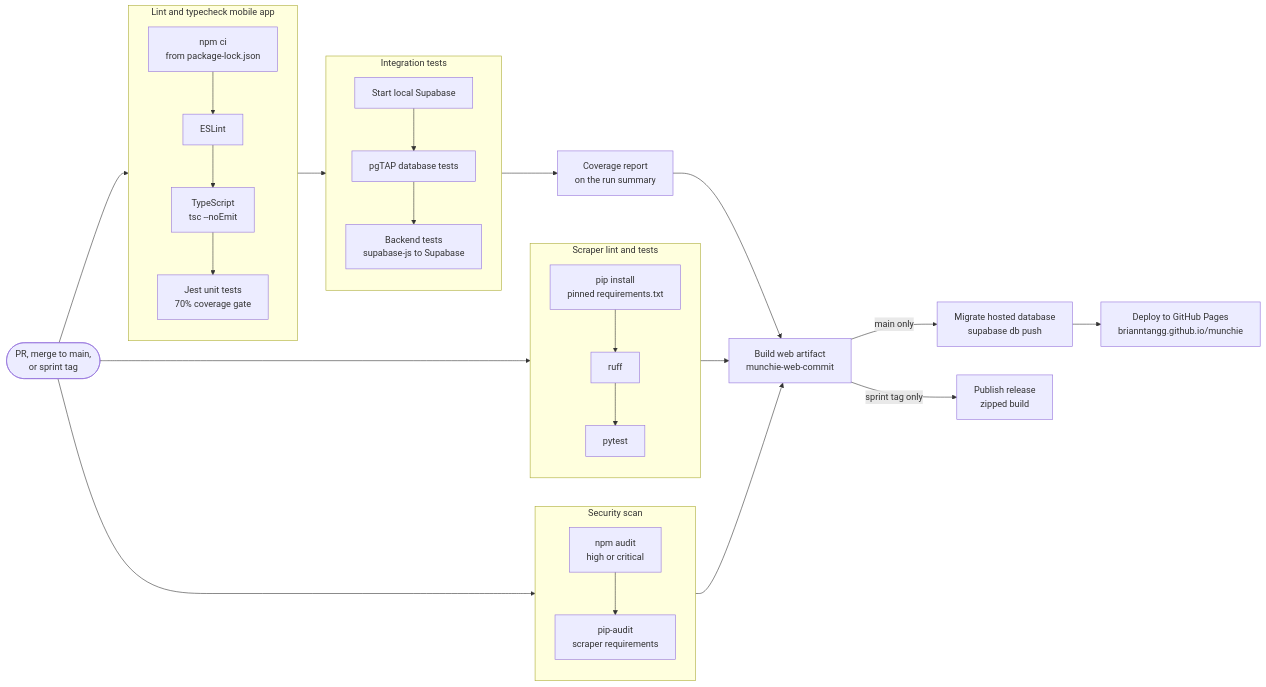
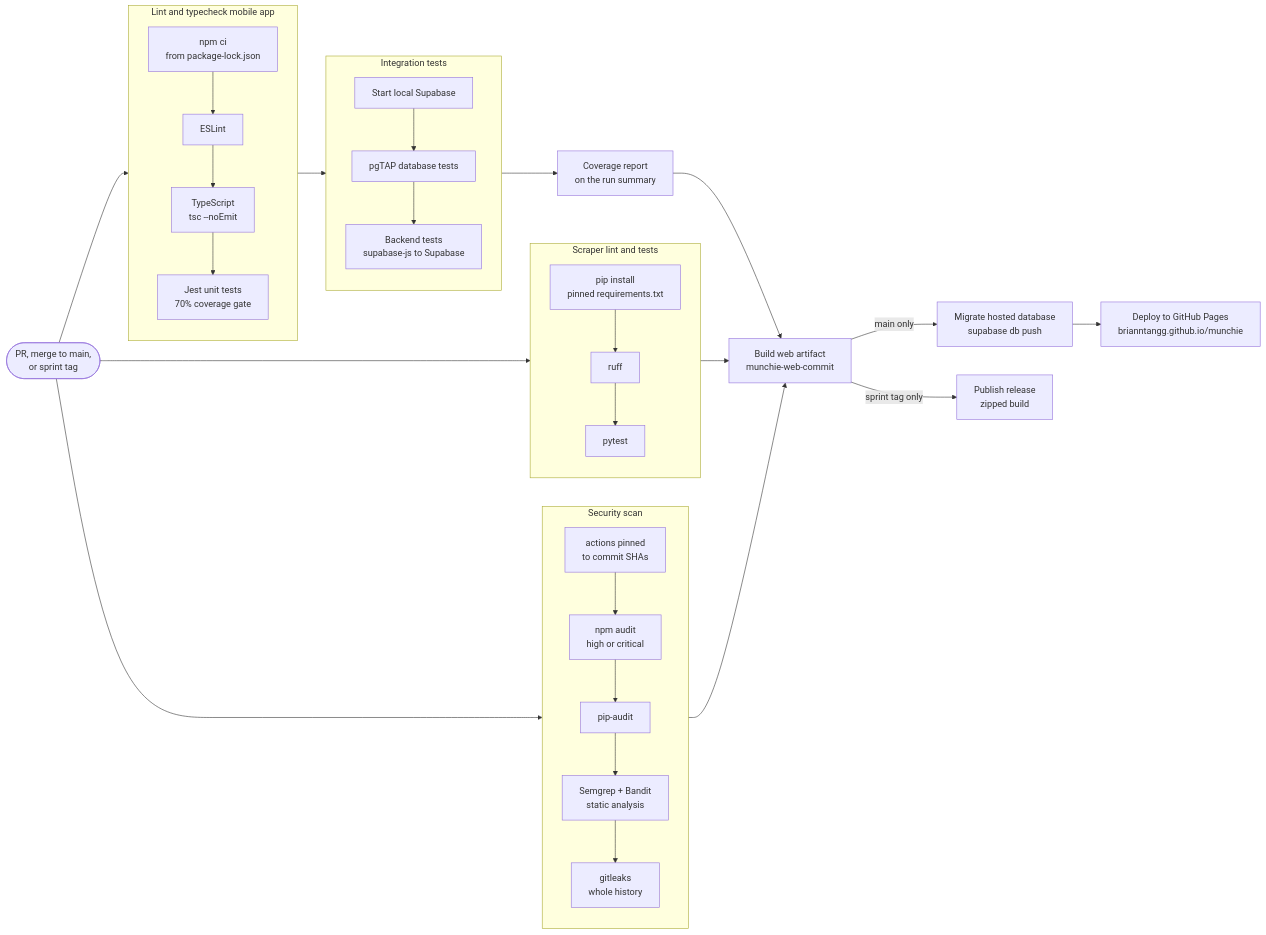
One commit to brianntangg/munchie changed the diagram in docs/pipeline.md. Above: the diagram before and after it, drawn with Mermaid. The commit also changed other lines of this file and 5 other files, not shown here.

First line of the commit message:
Add static analysis, a secret scan and a pin check to the security scan

````diff
--- a/docs/pipeline.md
+++ b/docs/pipeline.md
@@ -18,36 +18,36 @@
 ```mermaid
 flowchart LR
   trigger([PR, merge to main,<br/>or sprint tag])
 
   subgraph unit [Lint and typecheck mobile app]
     direction TB
     install[npm ci<br/>from package-lock.json] --> lint[ESLint] --> tsc[TypeScript<br/>tsc --noEmit] --> jest[Jest unit tests<br/>70% coverage gate]
   end
 
   subgraph integration [Integration tests]
     direction TB
     supa[Start local Supabase] --> pgtap[pgTAP database tests] --> backend[Backend tests<br/>supabase-js to Supabase]
   end
 
   subgraph scraper [Scraper lint and tests]
     direction TB
     pip[pip install<br/>pinned requirements.txt] --> ruff[ruff] --> pytest[pytest]
   end
 
   subgraph security [Security scan]
     direction TB
-    npmaudit[npm audit<br/>high or critical] --> pipaudit[pip-audit<br/>scraper requirements]
+    pins[actions pinned<br/>to commit SHAs] --> npmaudit[npm audit<br/>high or critical] --> pipaudit[pip-audit] --> sast[Semgrep + Bandit<br/>static analysis] --> leaks[gitleaks<br/>whole history]
   end
 
   coverage[Coverage report<br/>on the run summary]
   build[Build web artifact<br/>munchie-web-commit]
   migrate[Migrate hosted database<br/>supabase db push]
   deploy[Deploy to GitHub Pages<br/>brianntangg.github.io/munchie]
   release[Publish release<br/>zipped build]
 
   trigger --> unit --> integration --> coverage --> build
   trigger --> scraper --> build
   trigger --> security --> build
   build -- main only --> migrate --> deploy
   build -- sprint tag only --> release
 ```
````
